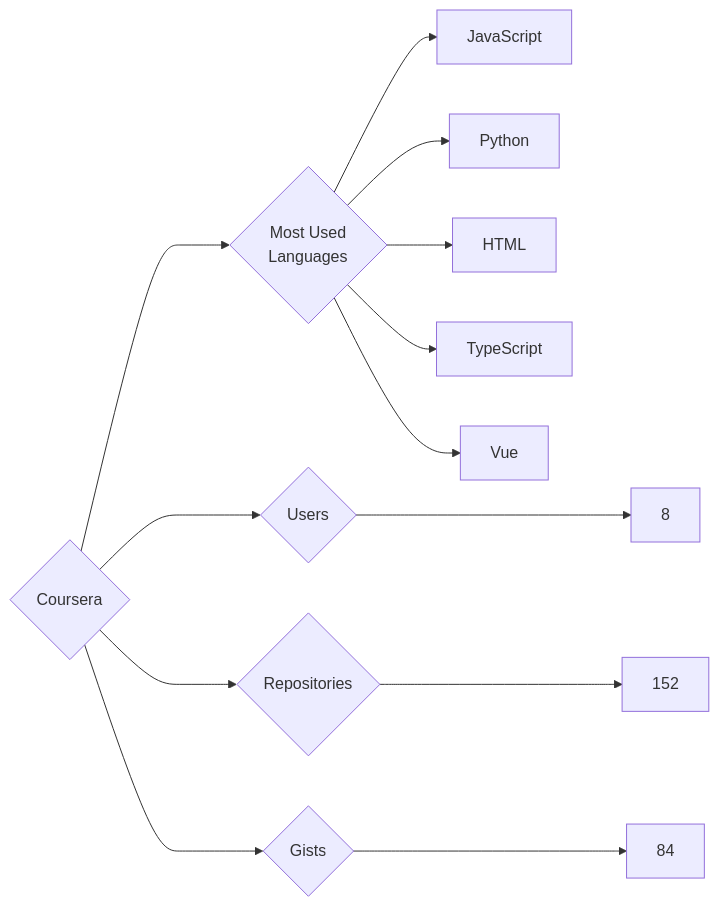
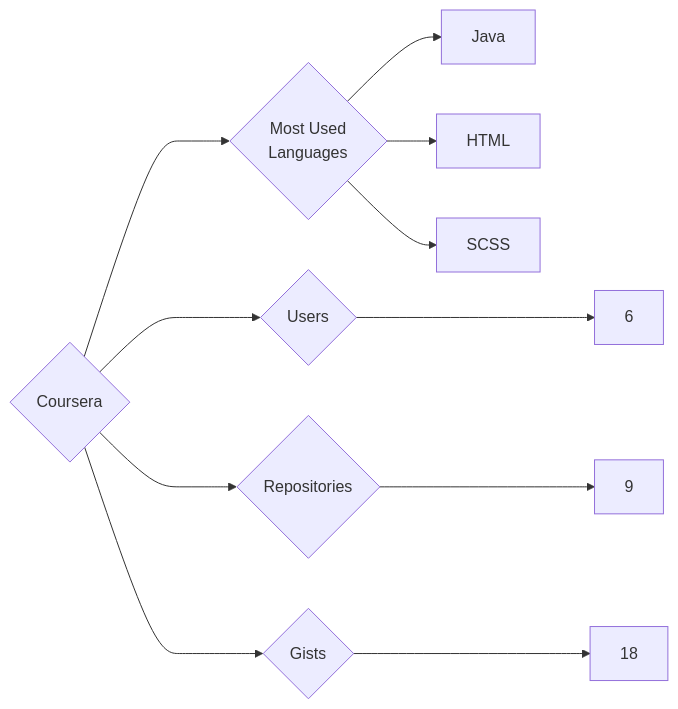
The diagram in targets/Coursera/README.md (trickest/insiders), drawn with Mermaid before and after one commit. The commit also changed 776 other files, not shown here.

````diff
--- a/targets/Coursera/README.md
+++ b/targets/Coursera/README.md
@@ -3,13 +3,11 @@
 ```mermaid
 graph LR
 COMPANY_NAME{Coursera}
-COMPANY_NAME ---> U{Users} ---> UN[8]
-COMPANY_NAME ---> R{Repositories} ---> RN[152]
-COMPANY_NAME ---> G{Gists} ---> GN[84]
+COMPANY_NAME ---> U{Users} ---> UN[6]
+COMPANY_NAME ---> R{Repositories} ---> RN[9]
+COMPANY_NAME ---> G{Gists} ---> GN[18]
 COMPANY_NAME ---> ML{Most Used<br>Languages}
-ML --> JavaScript[JavaScript]
-ML --> Python[Python]
+ML --> Java[Java]
 ML --> HTML[HTML]
-ML --> TypeScript[TypeScript]
-ML --> Vue[Vue]
+ML --> SCSS[SCSS]
 ```
````
